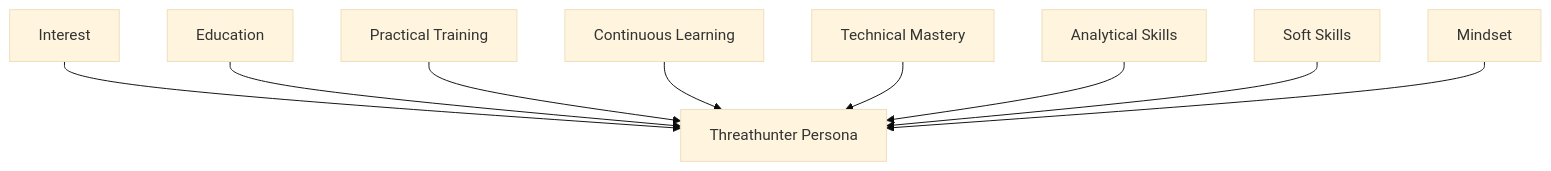
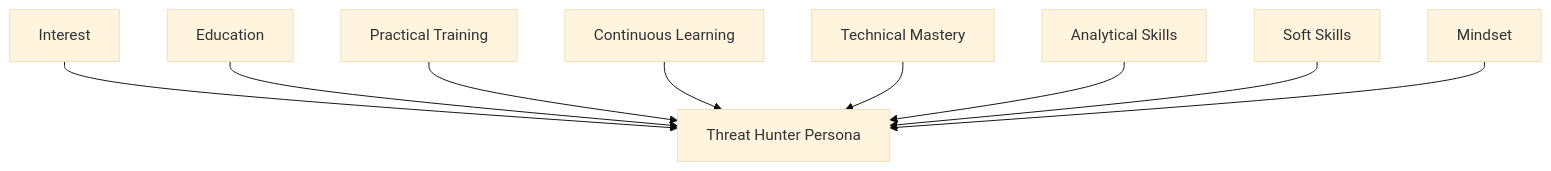
The fourth of 4 diagrams in content/part-1/introduction/the-threathunter-persona.md (rjohnsen/threathunting-book), drawn with Mermaid (base theme) before and after one commit. The commit also changed other lines of this file and 5 other files, not shown here.

Commit message:
Site updates and publishing article on Threat Hunter Persona

````diff
--- a/content/part-1/introduction/the-threathunter-persona.md
+++ b/content/part-1/introduction/the-threathunter-persona.md
@@ -212,21 +211,21 @@
 ```mermaid
 flowchart TD
     A["Interest"]
     B["Education"]
     C["Practical Training"]
     D["Continuous Learning"]
     E["Technical Mastery"]
     F["Analytical Skills"]
     G["Soft Skills"]
     H["Mindset"]
-    I["Threathunter Persona"]
+    I["Threat Hunter Persona"]
 
     A --> I
     B --> I
     C --> I
     D --> I
     E --> I
     F --> I
     G --> I
     H --> I
 ```
````
